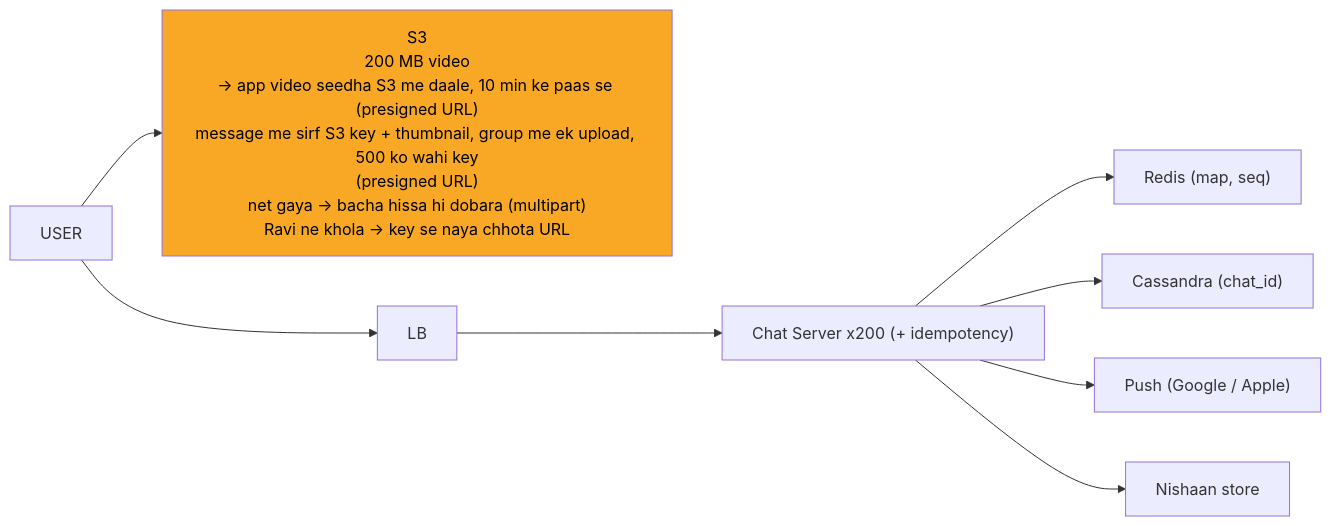
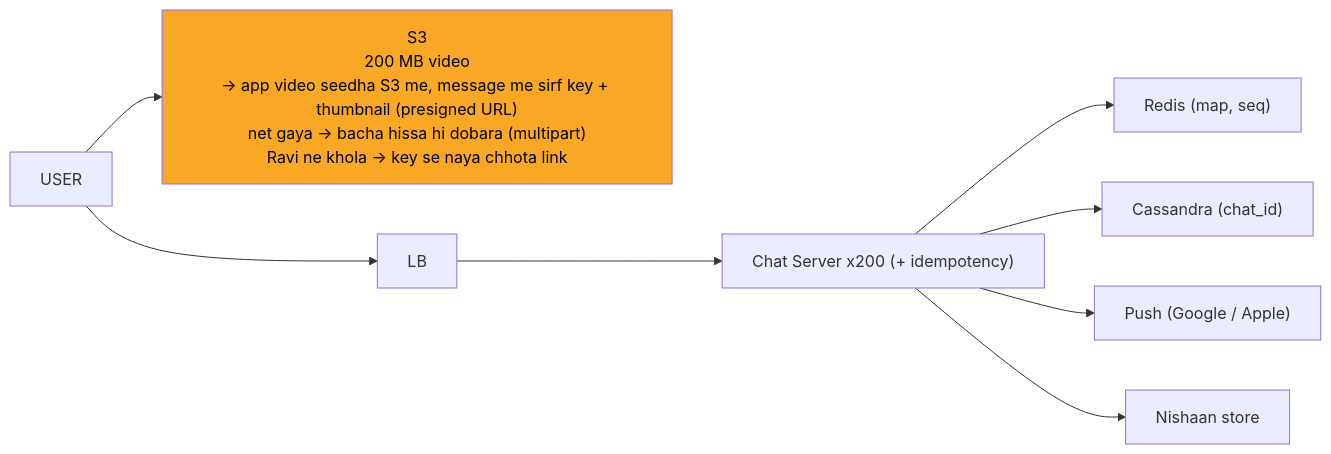
The diagram in 04_HLD/SYSTEM_DESIGNS/14_chat_messaging/img/c9.mmd (ArpanMaheshwari144/Prep), drawn with Mermaid before and after one commit. The commit also changed 43 other files, not shown here.

```diff
--- a/04_HLD/SYSTEM_DESIGNS/14_chat_messaging/img/c9.mmd
+++ b/04_HLD/SYSTEM_DESIGNS/14_chat_messaging/img/c9.mmd
@@ -1,18 +1,18 @@
 %%{init: {"flowchart": {"wrappingWidth": 450}}}%%
 flowchart LR
-    n_S3["S3<br/>200 MB video<br/>-> app video seedha S3 me daale, 10 min ke paas se (presigned URL)<br/>message me sirf S3 key + thumbnail, group me ek upload, 500 ko wahi key<br/>(presigned URL)<br/>net gaya -> bacha hissa hi dobara (multipart)<br/>Ravi ne khola -> key se naya chhota URL"]
+    n_S3["S3<br/>200 MB video<br/>-> app video seedha S3 me, message me sirf key + thumbnail (presigned URL)<br/>net gaya -> bacha hissa hi dobara (multipart)<br/>Ravi ne khola -> key se naya chhota link"]
     n_U["USER"]
     n_LB["LB"]
     n_CS["Chat Server x200 (+ idempotency)"]
     n_R["Redis (map, seq)"]
     n_CA["Cassandra (chat_id)"]
     n_P["Push (Google / Apple)"]
     n_NS["Nishaan store"]
     n_U --> n_S3
     n_U --> n_LB
     n_LB --> n_CS
     n_CS --> n_R
     n_CS --> n_CA
     n_CS --> n_P
     n_CS --> n_NS
     style n_S3 fill:#f9a825,color:#000
```
